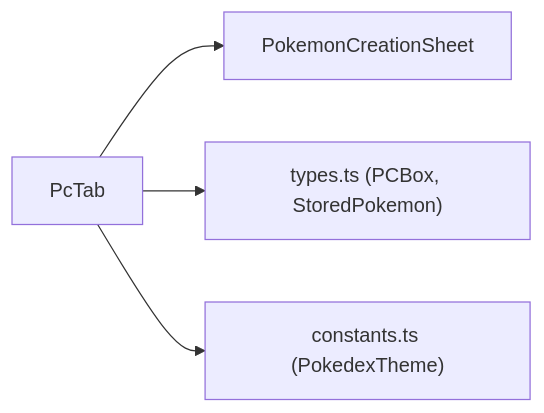
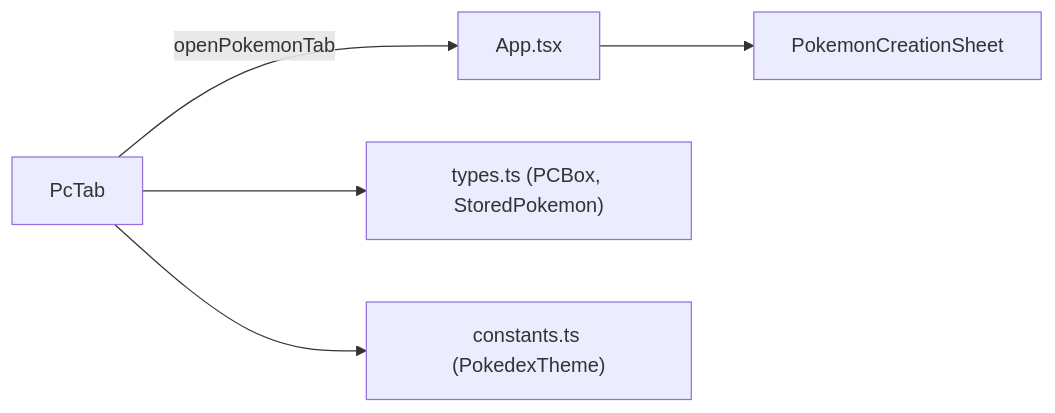
Before and after one commit to JulioFabio/trainer-card-pro: the second of 2 diagrams in docs/PcTab.md, drawn with Mermaid. The commit also changed other lines of this file and 39 other files, not shown here.

````diff
--- a/docs/PcTab.md
+++ b/docs/PcTab.md
@@ -170,6 +168,7 @@
 ```mermaid
 graph LR
-    PC["PcTab"] --> PCS["PokemonCreationSheet"]
+    PC["PcTab"] -->|openPokemonTab| App["App.tsx"]
+    App --> PCS["PokemonCreationSheet"]
     PC --> Types["types.ts (PCBox, StoredPokemon)"]
     PC --> Const["constants.ts (PokedexTheme)"]
 ```
````
